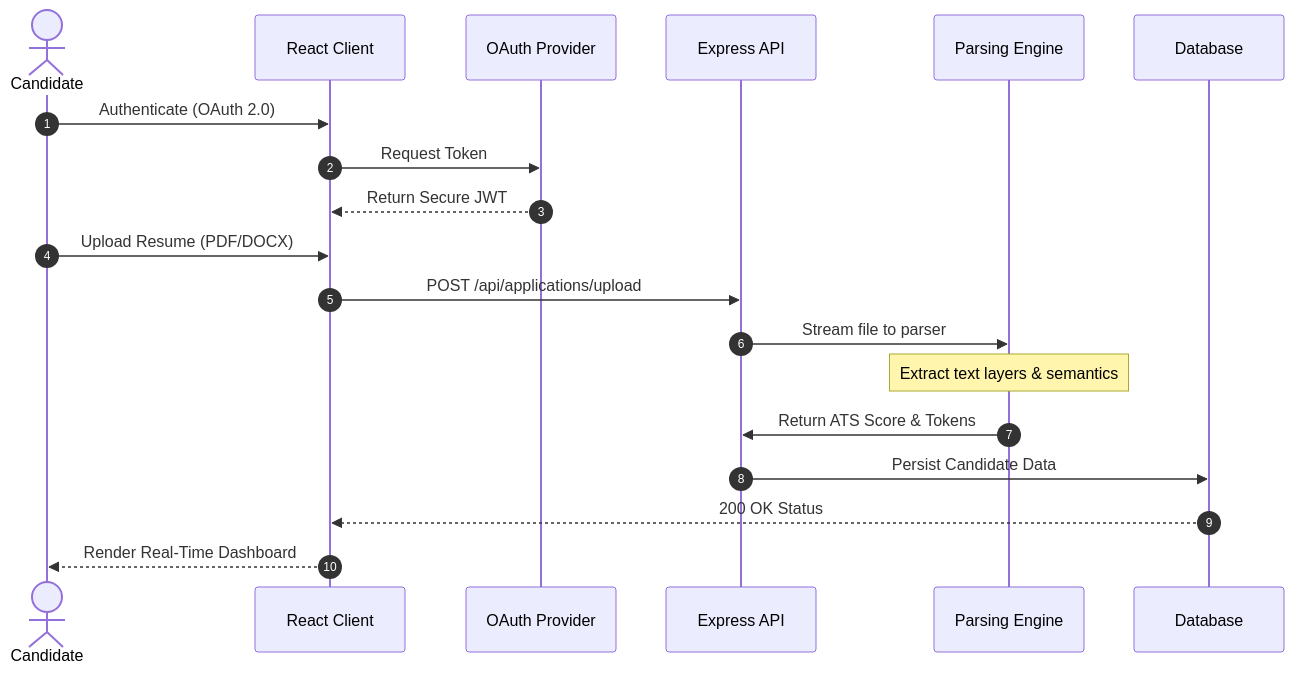
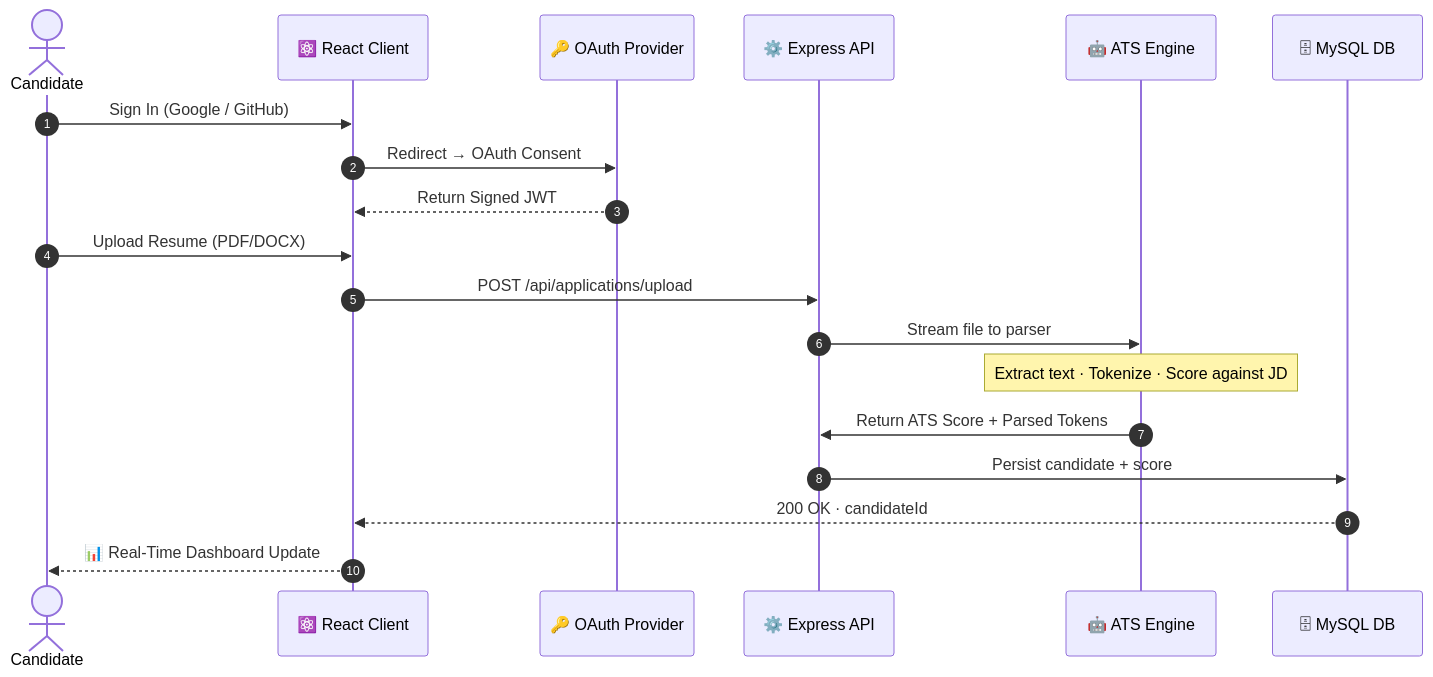
Before and after one commit to ruthwik-thotapelli/TalentBridge-Secure-Enterprise-Full-Stack-Hiring-Platform: the second of 3 diagrams in README.md, drawn with Mermaid. The commit also changed other lines of this file and 1 other file, not shown here.

Commit message:
docs: complete top 1% README overhaul - animated header/footer, custom banner, Mermaid diagrams, RBAC box-art, metrics, full API surface

````diff
--- a/README.md
+++ b/README.md
@@ -59,22 +178,22 @@
 ```mermaid
 sequenceDiagram
     autonumber
     actor Candidate
-    participant React as React Client
-    participant Auth as OAuth Provider
-    participant API as Express API
-    participant ATS as Parsing Engine
-    participant DB as Database
-    
-    Candidate->>React: Authenticate (OAuth 2.0)
-    React->>Auth: Request Token
-    Auth-->>React: Return Secure JWT
-    Candidate->>React: Upload Resume (PDF/DOCX)
-    React->>API: POST /api/applications/upload
-    API->>ATS: Stream file to parser
-    Note over ATS: Extract text layers & semantics
-    ATS->>API: Return ATS Score & Tokens
-    API->>DB: Persist Candidate Data
-    DB-->>React: 200 OK Status
-    React-->>Candidate: Render Real-Time Dashboard
+    participant React  as ⚛️ React Client
+    participant OAuth  as 🔑 OAuth Provider
+    participant API    as ⚙️ Express API
+    participant ATS    as 🤖 ATS Engine
+    participant DB     as 🗄 MySQL DB
+
+    Candidate->>React:  Sign In (Google / GitHub)
+    React->>OAuth:      Redirect → OAuth Consent
+    OAuth-->>React:     Return Signed JWT
+    Candidate->>React:  Upload Resume (PDF/DOCX)
+    React->>API:        POST /api/applications/upload
+    API->>ATS:          Stream file to parser
+    Note over ATS:      Extract text · Tokenize · Score against JD
+    ATS->>API:          Return ATS Score + Parsed Tokens
+    API->>DB:           Persist candidate + score
+    DB-->>React:        200 OK · candidateId
+    React-->>Candidate: 📊 Real-Time Dashboard Update
 ```
````
